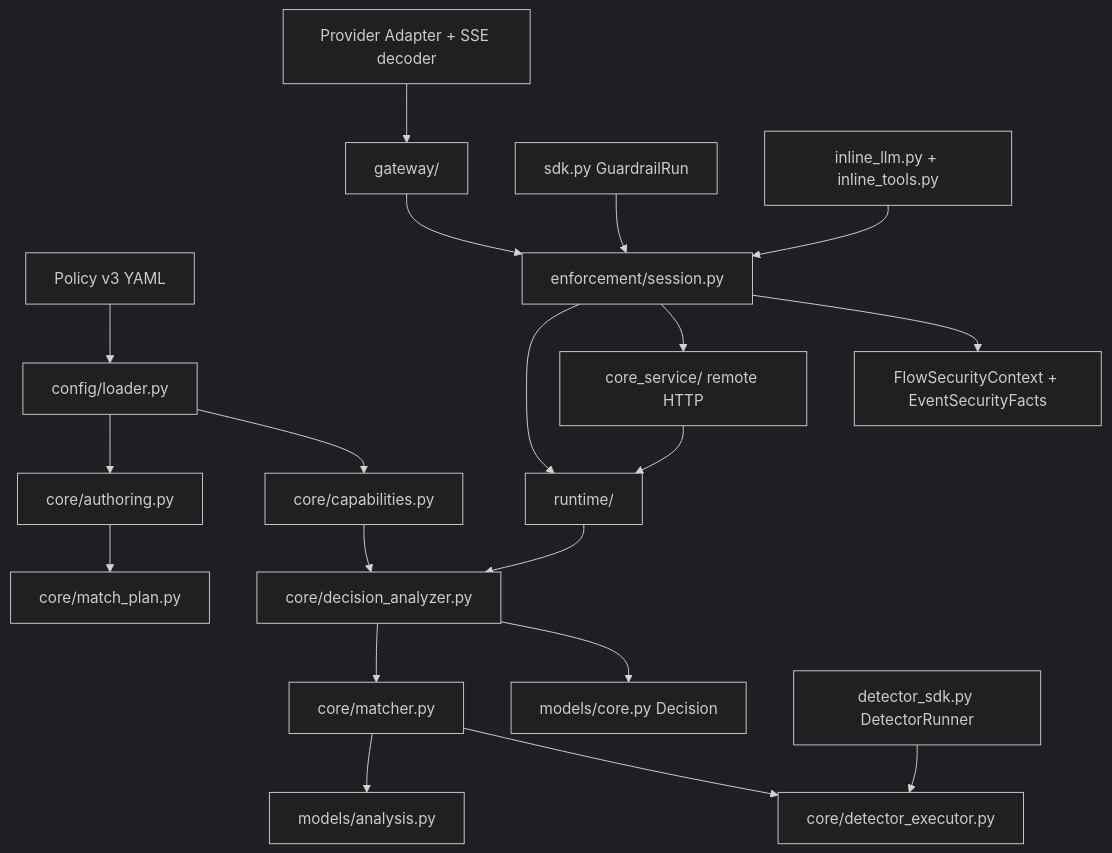
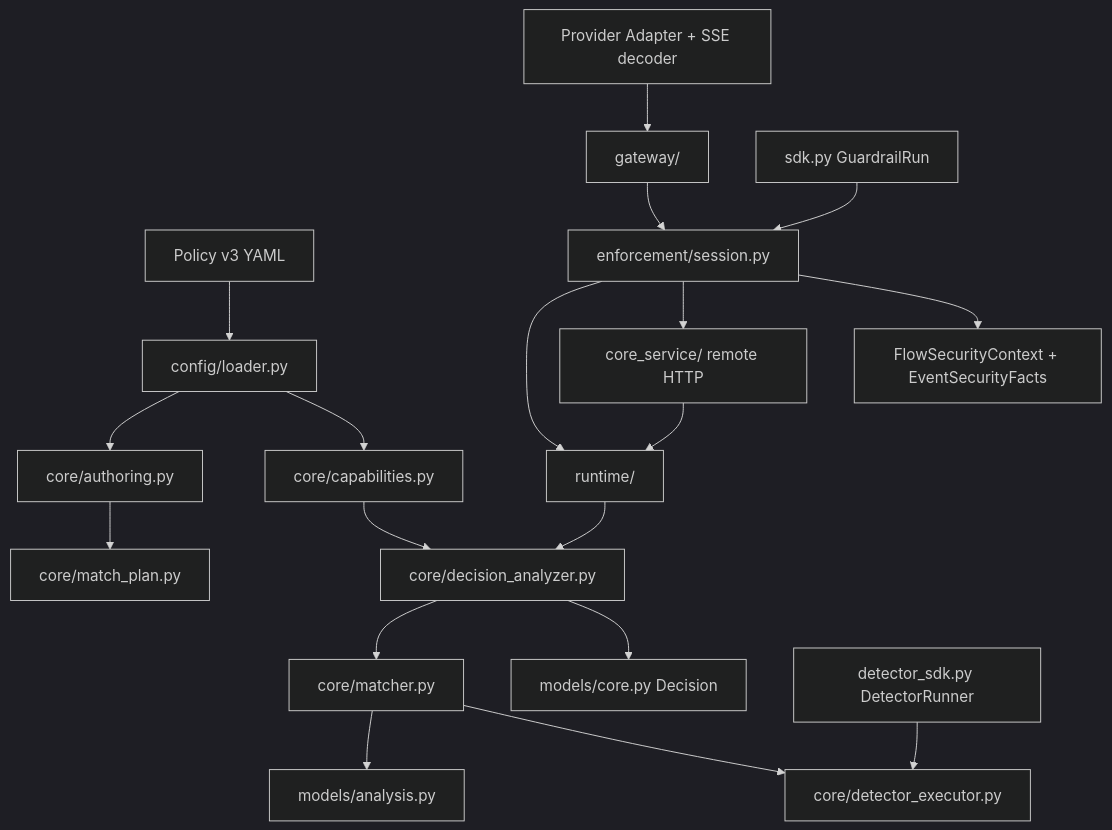
The diagram in docs/contributing.md (cipeizheng/agent-guardrail), drawn with Mermaid (dark theme) before and after one commit. The commit also changed other lines of this file and 54 other files, not shown here.

````diff
--- a/docs/contributing.md
+++ b/docs/contributing.md
@@ -19,22 +20,21 @@
 ```mermaid
 flowchart TD
     YAML[Policy v3 YAML] --> Loader[config/loader.py]
     Loader --> Author[core/authoring.py]
     Author --> Plan[core/match_plan.py]
     Loader --> Cap[core/capabilities.py]
     Cap --> Analyzer[core/decision_analyzer.py]
     Analyzer --> Matcher[core/matcher.py]
     Matcher --> Report[models/analysis.py]
     Analyzer --> Decision[models/core.py Decision]
     Runtime[runtime/] --> Analyzer
     Remote[core_service/ remote HTTP] --> Runtime
     Provider[Provider Adapter + SSE decoder] --> Gateway[gateway/]
     Gateway --> Session[enforcement/session.py]
     Direct[detector_sdk.py DetectorRunner] --> DetectorExec[core/detector_executor.py]
     SDK[sdk.py GuardrailRun] --> Session
-    Inline[inline_llm.py + inline_tools.py] --> Session
     Session --> Runtime
     Session --> Remote
     Session --> Security[FlowSecurityContext + EventSecurityFacts]
     Matcher --> DetectorExec
 ```
````
